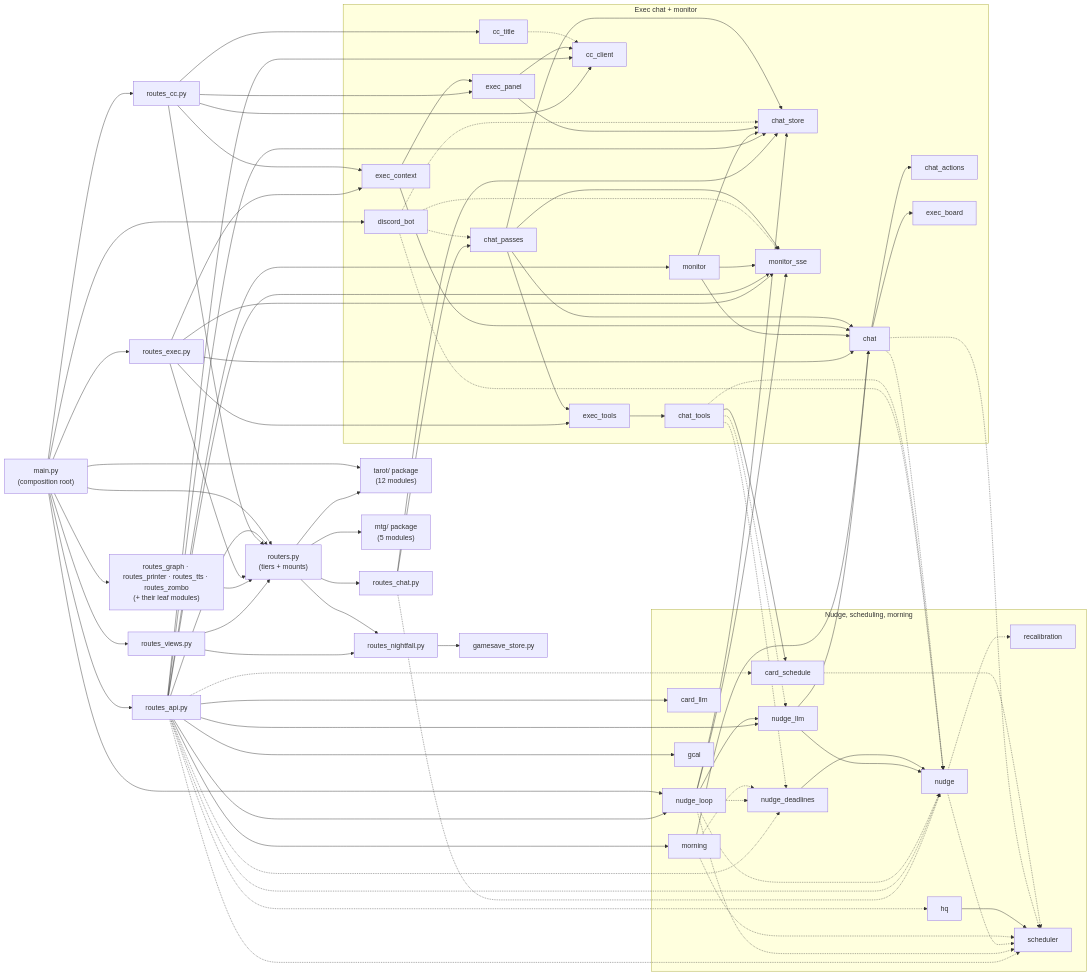
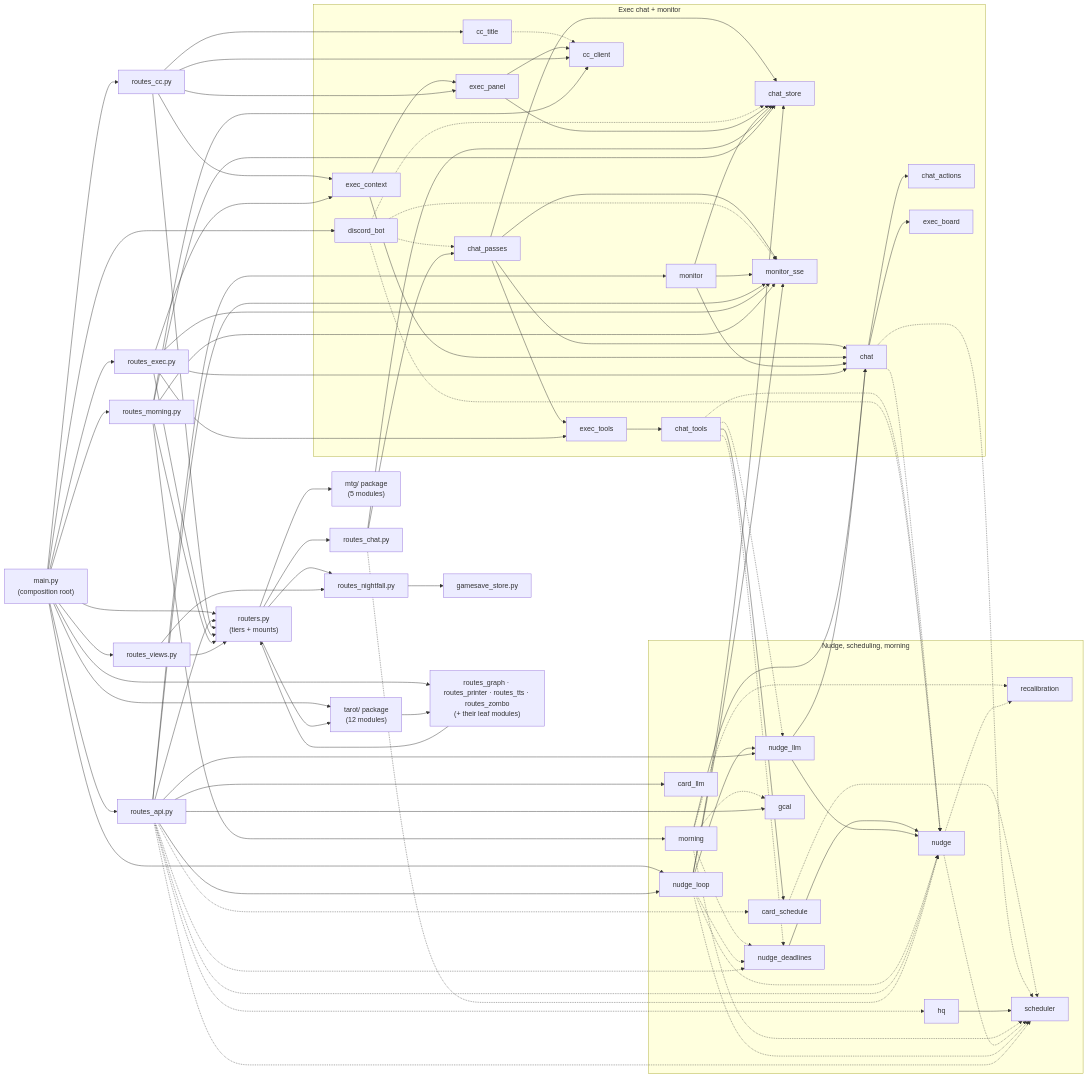
Before and after one commit to wai-lau/exec-fn: the diagram in docs/arch/02-module-graph.mmd, drawn with Mermaid. The commit also changed 42 other files, not shown here.

```diff
--- a/docs/arch/02-module-graph.mmd
+++ b/docs/arch/02-module-graph.mmd
@@ -1,128 +1,135 @@
 flowchart LR
   main["main.py<br/>(composition root)"]
   routers["routers.py<br/>(tiers + mounts)"]
   routes_api["routes_api.py"]
+  routes_morning["routes_morning.py"]
   routes_views["routes_views.py"]
   routes_chat["routes_chat.py"]
   routes_nightfall["routes_nightfall.py"]
   routes_cc["routes_cc.py"]
   routes_exec["routes_exec.py"]
   gamesave_store["gamesave_store.py"]
   LEAF["routes_graph · routes_printer · routes_tts · routes_zombo<br/>(+ their leaf modules)"]
   subgraph chatc["Exec chat + monitor"]
     chat["chat"]
     chat_actions["chat_actions"]
     chat_passes["chat_passes"]
     chat_store["chat_store"]
     chat_tools["chat_tools"]
     exec_tools["exec_tools"]
     exec_board["exec_board"]
     exec_context["exec_context"]
     exec_panel["exec_panel"]
     cc_client["cc_client"]
     cc_title["cc_title"]
     monitor["monitor"]
     monitor_sse["monitor_sse"]
     discord_bot["discord_bot"]
   end
   subgraph nudgec["Nudge, scheduling, morning"]
     nudge["nudge"]
     nudge_deadlines["nudge_deadlines"]
     nudge_llm["nudge_llm"]
     nudge_loop["nudge_loop"]
     recalibration["recalibration"]
     scheduler["scheduler"]
     hq["hq"]
     card_schedule["card_schedule"]
     card_llm["card_llm"]
     morning["morning"]
     gcal["gcal"]
   end
   TAROT["tarot/ package<br/>(12 modules)"]
   MTG["mtg/ package<br/>(5 modules)"]
   card_schedule -.-> scheduler
   cc_title -.-> cc_client
   chat --> chat_actions
   chat --> exec_board
   chat -.-> nudge
   chat -.-> scheduler
   chat_passes --> chat
   chat_passes --> chat_store
   chat_passes --> exec_tools
   chat_passes --> monitor_sse
   chat_tools --> card_schedule
   chat_tools -.-> nudge
   chat_tools -.-> nudge_deadlines
   chat_tools -.-> nudge_llm
   discord_bot -.-> chat_passes
   discord_bot -.-> chat_store
   discord_bot -.-> monitor_sse
   discord_bot -.-> nudge
   exec_context --> chat
   exec_context --> exec_panel
   exec_panel --> cc_client
   exec_panel --> chat_store
   exec_tools --> chat_tools
   hq --> scheduler
   main --> discord_bot
   main --> nudge_loop
   main --> routers
   main --> routes_api
   main --> routes_cc
   main --> routes_exec
+  main --> routes_morning
   main --> LEAF
   main --> routes_views
   main --> TAROT
+  TAROT --> LEAF
   monitor --> chat
   monitor --> chat_store
   monitor --> monitor_sse
   morning --> chat
+  morning -.-> gcal
+  morning -.-> recalibration
   morning -.-> nudge_deadlines
   morning -.-> scheduler
   nudge -.-> recalibration
   nudge -.-> scheduler
   nudge_deadlines --> nudge
   nudge_llm --> chat
   nudge_llm --> nudge
   nudge_loop --> chat_store
   nudge_loop --> monitor_sse
   nudge_loop -.-> nudge
   nudge_loop -.-> nudge_deadlines
   nudge_loop --> nudge_llm
   nudge_loop -.-> scheduler
   routers --> MTG
   routers --> routes_chat
   routers --> routes_nightfall
   routers --> TAROT
   routes_api --> card_llm
   routes_api -.-> card_schedule
-  routes_api --> cc_client
-  routes_api --> chat_store
   routes_api --> gcal
   routes_api -.-> hq
   routes_api --> monitor
   routes_api --> monitor_sse
-  routes_api --> morning
   routes_api -.-> nudge
   routes_api -.-> nudge_deadlines
   routes_api --> nudge_llm
   routes_api --> nudge_loop
   routes_api --> routers
   routes_api -.-> scheduler
   routes_cc --> cc_client
   routes_cc --> cc_title
   routes_cc --> exec_context
   routes_cc --> exec_panel
   routes_cc --> routers
   routes_chat --> chat_passes
   routes_chat --> chat_store
   routes_chat -.-> nudge
   routes_exec --> chat
   routes_exec --> exec_context
   routes_exec --> exec_tools
   routes_exec --> monitor_sse
   routes_exec --> routers
   LEAF --> routers
+  routes_morning --> cc_client
+  routes_morning --> chat_store
+  routes_morning --> monitor_sse
+  routes_morning --> morning
+  routes_morning --> routers
   routes_nightfall --> gamesave_store
   routes_views --> routers
   routes_views --> routes_nightfall
```
